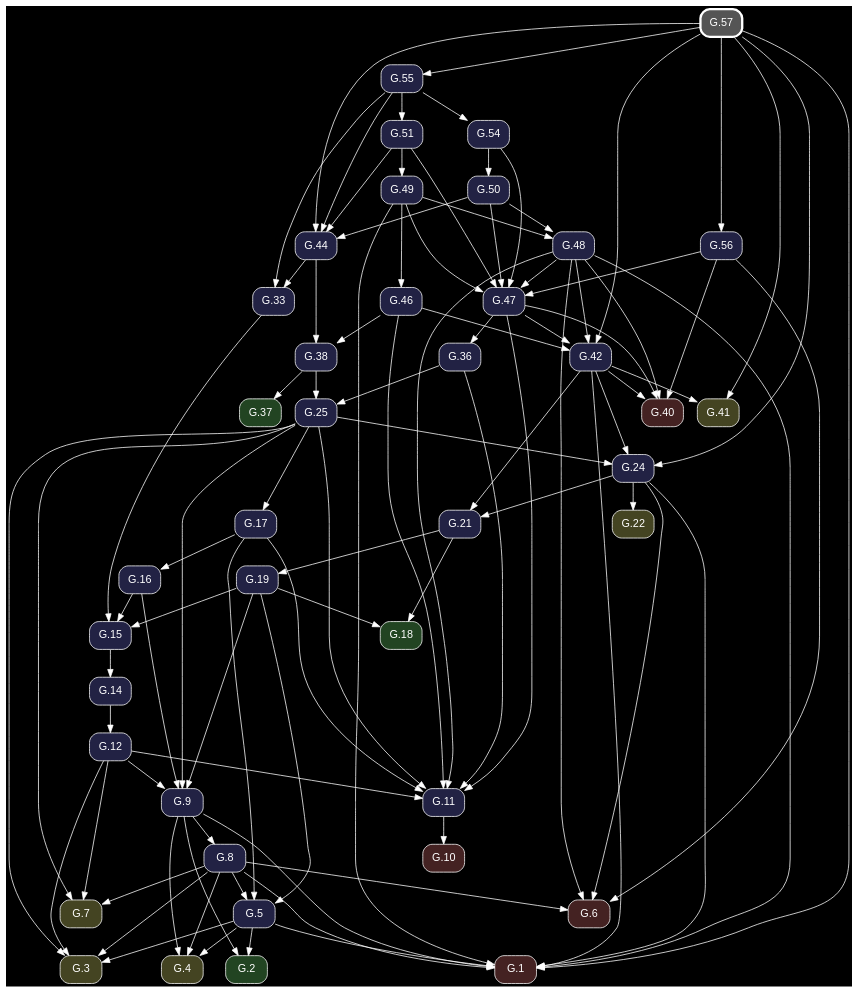
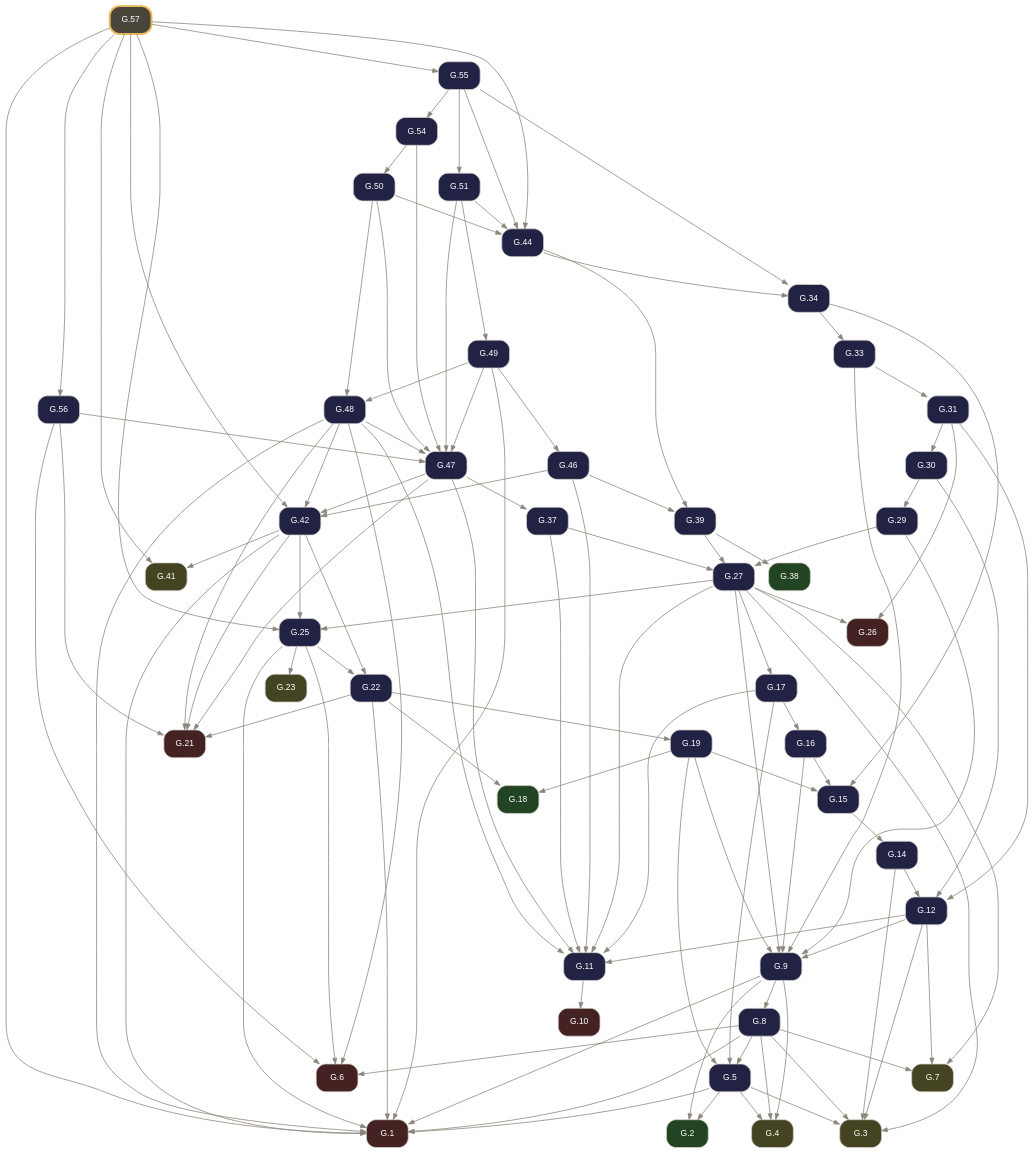
The diagram in docsrc/elements2/G.57/index.rst (geometor/elements), drawn with Graphviz before and after one commit. The commit also changed other lines of this file and 261 other files, not shown here.

Commit message:
feat: rebuild Elements 2.0 G-Index pipeline from composed Euclid Heath edition (v0.3.0)

```diff
--- a/docsrc/elements2/G.57/index.rst
+++ b/docsrc/elements2/G.57/index.rst
@@ -56,141 +84,160 @@
 .. graphviz::
 
    digraph {
-     bgcolor="black";
-     node [shape=box, style="rounded,filled", fontname="Helvetica", color="white", fontcolor="white"];
-     edge [color="white", fontcolor="white"];
+     bgcolor="transparent";
+     node [shape=box, style="rounded,filled", fontname="Helvetica", fontsize=11, color="#d6d3cd", fontcolor="#ffffff"];
+     edge [color="#8c857b", fontcolor="#8c857b", arrowsize=0.75];
      rankdir="TB";
-     "G.50" [label="G.50", fillcolor="#222244", URL="/elements2/G.50/", target="_top"];
-     "G.55" [label="G.55", fillcolor="#222244", URL="/elements2/G.55/", target="_top"];
-     "G.19" [label="G.19", fillcolor="#222244", URL="/elements2/G.19/", target="_top"];
-     "G.46" [label="G.46", fillcolor="#222244", URL="/elements2/G.46/", target="_top"];
-     "G.24" [label="G.24", fillcolor="#222244", URL="/elements2/G.24/", target="_top"];
-     "G.21" [label="G.21", fillcolor="#222244", URL="/elements2/G.21/", target="_top"];
-     "G.10" [label="G.10", fillcolor="#442222", URL="/elements2/G.10/", target="_top"];
-     "G.57" [label="G.57", penwidth=3, color="white", fillcolor="#555555", URL="/elements2/G.57/", target="_top"];
-     "G.42" [label="G.42", fillcolor="#222244", URL="/elements2/G.42/", target="_top"];
-     "G.17" [label="G.17", fillcolor="#222244", URL="/elements2/G.17/", target="_top"];
-     "G.15" [label="G.15", fillcolor="#222244", URL="/elements2/G.15/", target="_top"];
-     "G.3" [label="G.3", fillcolor="#444422", URL="/elements2/G.3/", target="_top"];
-     "G.5" [label="G.5", fillcolor="#222244", URL="/elements2/G.5/", target="_top"];
-     "G.1" [label="G.1", fillcolor="#442222", URL="/elements2/G.1/", target="_top"];
-     "G.2" [label="G.2", fillcolor="#224422", URL="/elements2/G.2/", target="_top"];
-     "G.12" [label="G.12", fillcolor="#222244", URL="/elements2/G.12/", target="_top"];
-     "G.22" [label="G.22", fillcolor="#444422", URL="/elements2/G.22/", target="_top"];
-     "G.54" [label="G.54", fillcolor="#222244", URL="/elements2/G.54/", target="_top"];
-     "G.8" [label="G.8", fillcolor="#222244", URL="/elements2/G.8/", target="_top"];
-     "G.25" [label="G.25", fillcolor="#222244", URL="/elements2/G.25/", target="_top"];
-     "G.49" [label="G.49", fillcolor="#222244", URL="/elements2/G.49/", target="_top"];
-     "G.18" [label="G.18", fillcolor="#224422", URL="/elements2/G.18/", target="_top"];
-     "G.40" [label="G.40", fillcolor="#442222", URL="/elements2/G.40/", target="_top"];
-     "G.4" [label="G.4", fillcolor="#444422", URL="/elements2/G.4/", target="_top"];
-     "G.16" [label="G.16", fillcolor="#222244", URL="/elements2/G.16/", target="_top"];
-     "G.6" [label="G.6", fillcolor="#442222", URL="/elements2/G.6/", target="_top"];
-     "G.38" [label="G.38", fillcolor="#222244", URL="/elements2/G.38/", target="_top"];
-     "G.48" [label="G.48", fillcolor="#222244", URL="/elements2/G.48/", target="_top"];
-     "G.7" [label="G.7", fillcolor="#444422", URL="/elements2/G.7/", target="_top"];
-     "G.41" [label="G.41", fillcolor="#444422", URL="/elements2/G.41/", target="_top"];
-     "G.51" [label="G.51", fillcolor="#222244", URL="/elements2/G.51/", target="_top"];
-     "G.14" [label="G.14", fillcolor="#222244", URL="/elements2/G.14/", target="_top"];
-     "G.36" [label="G.36", fillcolor="#222244", URL="/elements2/G.36/", target="_top"];
-     "G.9" [label="G.9", fillcolor="#222244", URL="/elements2/G.9/", target="_top"];
-     "G.37" [label="G.37", fillcolor="#224422", URL="/elements2/G.37/", target="_top"];
-     "G.11" [label="G.11", fillcolor="#222244", URL="/elements2/G.11/", target="_top"];
-     "G.44" [label="G.44", fillcolor="#222244", URL="/elements2/G.44/", target="_top"];
-     "G.33" [label="G.33", fillcolor="#222244", URL="/elements2/G.33/", target="_top"];
-     "G.56" [label="G.56", fillcolor="#222244", URL="/elements2/G.56/", target="_top"];
-     "G.47" [label="G.47", fillcolor="#222244", URL="/elements2/G.47/", target="_top"];
-     "G.54" -> "G.50";
-     "G.57" -> "G.55";
-     "G.21" -> "G.19";
-     "G.49" -> "G.46";
-     "G.57" -> "G.24";
-     "G.25" -> "G.24";
-     "G.42" -> "G.24";
-     "G.24" -> "G.21";
-     "G.42" -> "G.21";
-     "G.11" -> "G.10";
-     "G.47" -> "G.42";
-     "G.46" -> "G.42";
-     "G.48" -> "G.42";
-     "G.57" -> "G.42";
-     "G.25" -> "G.17";
-     "G.19" -> "G.15";
-     "G.16" -> "G.15";
-     "G.33" -> "G.15";
+     "G.1" [label="G.1", tooltip="G.1 (I.cn.1)", fillcolor="#442222", URL="../G.1/index.html", target="_top"];
+     "G.2" [label="G.2", tooltip="G.2 (I.def.15)", fillcolor="#224422", URL="../G.2/index.html", target="_top"];
+     "G.3" [label="G.3", tooltip="G.3 (I.post.1)", fillcolor="#444422", URL="../G.3/index.html", target="_top"];
+     "G.4" [label="G.4", tooltip="G.4 (I.post.3)", fillcolor="#444422", URL="../G.4/index.html", target="_top"];
+     "G.5" [label="G.5", tooltip="G.5 (I.1)", fillcolor="#222244", URL="../G.5/index.html", target="_top"];
+     "G.6" [label="G.6", tooltip="G.6 (I.cn.3)", fillcolor="#442222", URL="../G.6/index.html", target="_top"];
+     "G.7" [label="G.7", tooltip="G.7 (I.post.2)", fillcolor="#444422", URL="../G.7/index.html", target="_top"];
+     "G.8" [label="G.8", tooltip="G.8 (I.2)", fillcolor="#222244", URL="../G.8/index.html", target="_top"];
+     "G.9" [label="G.9", tooltip="G.9 (I.3)", fillcolor="#222244", URL="../G.9/index.html", target="_top"];
+     "G.10" [label="G.10", tooltip="G.10 (I.cn.4)", fillcolor="#442222", URL="../G.10/index.html", target="_top"];
+     "G.11" [label="G.11", tooltip="G.11 (I.4)", fillcolor="#222244", URL="../G.11/index.html", target="_top"];
+     "G.12" [label="G.12", tooltip="G.12 (I.5)", fillcolor="#222244", URL="../G.12/index.html", target="_top"];
+     "G.14" [label="G.14", tooltip="G.14 (I.7)", fillcolor="#222244", URL="../G.14/index.html", target="_top"];
+     "G.15" [label="G.15", tooltip="G.15 (I.8)", fillcolor="#222244", URL="../G.15/index.html", target="_top"];
+     "G.16" [label="G.16", tooltip="G.16 (I.9)", fillcolor="#222244", URL="../G.16/index.html", target="_top"];
+     "G.17" [label="G.17", tooltip="G.17 (I.10)", fillcolor="#222244", URL="../G.17/index.html", target="_top"];
+     "G.18" [label="G.18", tooltip="G.18 (I.def.10)", fillcolor="#224422", URL="../G.18/index.html", target="_top"];
+     "G.19" [label="G.19", tooltip="G.19 (I.11)", fillcolor="#222244", URL="../G.19/index.html", target="_top"];
+     "G.21" [label="G.21", tooltip="G.21 (I.cn.2)", fillcolor="#442222", URL="../G.21/index.html", target="_top"];
+     "G.22" [label="G.22", tooltip="G.22 (I.13)", fillcolor="#222244", URL="../G.22/index.html", target="_top"];
+     "G.23" [label="G.23", tooltip="G.23 (I.post.4)", fillcolor="#444422", URL="../G.23/index.html", target="_top"];
+     "G.25" [label="G.25", tooltip="G.25 (I.15)", fillcolor="#222244", URL="../G.25/index.html", target="_top"];
+     "G.26" [label="G.26", tooltip="G.26 (I.cn.5)", fillcolor="#442222", URL="../G.26/index.html", target="_top"];
+     "G.27" [label="G.27", tooltip="G.27 (I.16)", fillcolor="#222244", URL="../G.27/index.html", target="_top"];
+     "G.29" [label="G.29", tooltip="G.29 (I.18)", fillcolor="#222244", URL="../G.29/index.html", target="_top"];
+     "G.30" [label="G.30", tooltip="G.30 (I.19)", fillcolor="#222244", URL="../G.30/index.html", target="_top"];
+     "G.31" [label="G.31", tooltip="G.31 (I.20)", fillcolor="#222244", URL="../G.31/index.html", target="_top"];
+     "G.33" [label="G.33", tooltip="G.33 (I.22)", fillcolor="#222244", URL="../G.33/index.html", target="_top"];
+     "G.34" [label="G.34", tooltip="G.34 (I.23)", fillcolor="#222244", URL="../G.34/index.html", target="_top"];
+     "G.37" [label="G.37", tooltip="G.37 (I.26)", fillcolor="#222244", URL="../G.37/index.html", target="_top"];
+     "G.38" [label="G.38", tooltip="G.38 (I.def.23)", fillcolor="#224422", URL="../G.38/index.html", target="_top"];
+     "G.39" [label="G.39", tooltip="G.39 (I.27)", fillcolor="#222244", URL="../G.39/index.html", target="_top"];
+     "G.41" [label="G.41", tooltip="G.41 (I.post.5)", fillcolor="#444422", URL="../G.41/index.html", target="_top"];
+     "G.42" [label="G.42", tooltip="G.42 (I.29)", fillcolor="#222244", URL="../G.42/index.html", target="_top"];
+     "G.44" [label="G.44", tooltip="G.44 (I.31)", fillcolor="#222244", URL="../G.44/index.html", target="_top"];
+     "G.46" [label="G.46", tooltip="G.46 (I.33)", fillcolor="#222244", URL="../G.46/index.html", target="_top"];
+     "G.47" [label="G.47", tooltip="G.47 (I.34)", fillcolor="#222244", URL="../G.47/index.html", target="_top"];
+     "G.48" [label="G.48", tooltip="G.48 (I.35)", fillcolor="#222244", URL="../G.48/index.html", target="_top"];
+     "G.49" [label="G.49", tooltip="G.49 (I.36)", fillcolor="#222244", URL="../G.49/index.html", target="_top"];
+     "G.50" [label="G.50", tooltip="G.50 (I.37)", fillcolor="#222244", URL="../G.50/index.html", target="_top"];
+     "G.51" [label="G.51", tooltip="G.51 (I.38)", fillcolor="#222244", URL="../G.51/index.html", target="_top"];
+     "G.54" [label="G.54", tooltip="G.54 (I.41)", fillcolor="#222244", URL="../G.54/index.html", target="_top"];
+     "G.55" [label="G.55", tooltip="G.55 (I.42)", fillcolor="#222244", URL="../G.55/index.html", target="_top"];
+     "G.56" [label="G.56", tooltip="G.56 (I.43)", fillcolor="#222244", URL="../G.56/index.html", target="_top"];
+     "G.57" [label="G.57", tooltip="G.57 (I.44)", penwidth=2.5, color="#e8b85a", fillcolor="#4a453b", URL="index.html", target="_top"];
+     "G.5" -> "G.1";
+     "G.8" -> "G.1";
+     "G.9" -> "G.1";
+     "G.22" -> "G.1";
+     "G.25" -> "G.1";
+     "G.42" -> "G.1";
+     "G.48" -> "G.1";
+     "G.49" -> "G.1";
+     "G.57" -> "G.1";
+     "G.5" -> "G.2";
+     "G.9" -> "G.2";
      "G.5" -> "G.3";
-     "G.25" -> "G.3";
      "G.8" -> "G.3";
      "G.12" -> "G.3";
-     "G.19" -> "G.5";
-     "G.8" -> "G.5";
-     "G.17" -> "G.5";
-     "G.5" -> "G.1";
-     "G.24" -> "G.1";
-     "G.49" -> "G.1";
-     "G.48" -> "G.1";
-     "G.57" -> "G.1";
-     "G.8" -> "G.1";
-     "G.42" -> "G.1";
-     "G.9" -> "G.1";
-     "G.5" -> "G.2";
-     "G.9" -> "G.2";
-     "G.14" -> "G.12";
-     "G.24" -> "G.22";
-     "G.55" -> "G.54";
-     "G.9" -> "G.8";
-     "G.36" -> "G.25";
-     "G.38" -> "G.25";
-     "G.51" -> "G.49";
-     "G.19" -> "G.18";
-     "G.21" -> "G.18";
-     "G.47" -> "G.40";
-     "G.48" -> "G.40";
-     "G.56" -> "G.40";
-     "G.42" -> "G.40";
+     "G.14" -> "G.3";
+     "G.27" -> "G.3";
      "G.5" -> "G.4";
      "G.8" -> "G.4";
      "G.9" -> "G.4";
+     "G.8" -> "G.5";
+     "G.17" -> "G.5";
+     "G.19" -> "G.5";
+     "G.8" -> "G.6";
+     "G.25" -> "G.6";
+     "G.48" -> "G.6";
+     "G.56" -> "G.6";
+     "G.8" -> "G.7";
+     "G.12" -> "G.7";
+     "G.27" -> "G.7";
+     "G.9" -> "G.8";
+     "G.12" -> "G.9";
+     "G.16" -> "G.9";
+     "G.19" -> "G.9";
+     "G.27" -> "G.9";
+     "G.29" -> "G.9";
+     "G.33" -> "G.9";
+     "G.11" -> "G.10";
+     "G.12" -> "G.11";
+     "G.17" -> "G.11";
+     "G.27" -> "G.11";
+     "G.37" -> "G.11";
+     "G.46" -> "G.11";
+     "G.47" -> "G.11";
+     "G.48" -> "G.11";
+     "G.14" -> "G.12";
+     "G.30" -> "G.12";
+     "G.31" -> "G.12";
+     "G.15" -> "G.14";
+     "G.16" -> "G.15";
+     "G.19" -> "G.15";
+     "G.34" -> "G.15";
      "G.17" -> "G.16";
-     "G.24" -> "G.6";
-     "G.48" -> "G.6";
-     "G.8" -> "G.6";
-     "G.56" -> "G.6";
-     "G.46" -> "G.38";
-     "G.44" -> "G.38";
+     "G.27" -> "G.17";
+     "G.19" -> "G.18";
+     "G.22" -> "G.18";
+     "G.22" -> "G.19";
+     "G.22" -> "G.21";
+     "G.42" -> "G.21";
+     "G.47" -> "G.21";
+     "G.48" -> "G.21";
+     "G.56" -> "G.21";
+     "G.25" -> "G.22";
+     "G.42" -> "G.22";
+     "G.25" -> "G.23";
+     "G.27" -> "G.25";
+     "G.42" -> "G.25";
+     "G.57" -> "G.25";
+     "G.27" -> "G.26";
+     "G.31" -> "G.26";
+     "G.29" -> "G.27";
+     "G.37" -> "G.27";
+     "G.39" -> "G.27";
+     "G.30" -> "G.29";
+     "G.31" -> "G.30";
+     "G.33" -> "G.31";
+     "G.34" -> "G.33";
+     "G.44" -> "G.34";
+     "G.55" -> "G.34";
+     "G.47" -> "G.37";
+     "G.39" -> "G.38";
+     "G.44" -> "G.39";
+     "G.46" -> "G.39";
+     "G.42" -> "G.41";
+     "G.57" -> "G.41";
+     "G.46" -> "G.42";
+     "G.47" -> "G.42";
+     "G.48" -> "G.42";
+     "G.57" -> "G.42";
+     "G.50" -> "G.44";
+     "G.51" -> "G.44";
+     "G.55" -> "G.44";
+     "G.57" -> "G.44";
+     "G.49" -> "G.46";
+     "G.48" -> "G.47";
+     "G.49" -> "G.47";
+     "G.50" -> "G.47";
+     "G.51" -> "G.47";
+     "G.54" -> "G.47";
+     "G.56" -> "G.47";
      "G.49" -> "G.48";
      "G.50" -> "G.48";
-     "G.25" -> "G.7";
-     "G.8" -> "G.7";
-     "G.12" -> "G.7";
-     "G.57" -> "G.41";
-     "G.42" -> "G.41";
+     "G.51" -> "G.49";
+     "G.54" -> "G.50";
      "G.55" -> "G.51";
-     "G.15" -> "G.14";
-     "G.47" -> "G.36";
-     "G.19" -> "G.9";
-     "G.25" -> "G.9";
-     "G.16" -> "G.9";
-     "G.12" -> "G.9";
-     "G.38" -> "G.37";
-     "G.36" -> "G.11";
-     "G.47" -> "G.11";
-     "G.46" -> "G.11";
-     "G.48" -> "G.11";
-     "G.25" -> "G.11";
-     "G.17" -> "G.11";
-     "G.12" -> "G.11";
-     "G.57" -> "G.44";
-     "G.51" -> "G.44";
-     "G.55" -> "G.44";
-     "G.50" -> "G.44";
-     "G.44" -> "G.33";
-     "G.55" -> "G.33";
+     "G.55" -> "G.54";
+     "G.57" -> "G.55";
      "G.57" -> "G.56";
-     "G.54" -> "G.47";
-     "G.49" -> "G.47";
-     "G.48" -> "G.47";
-     "G.51" -> "G.47";
-     "G.56" -> "G.47";
-     "G.50" -> "G.47";
    }
```
